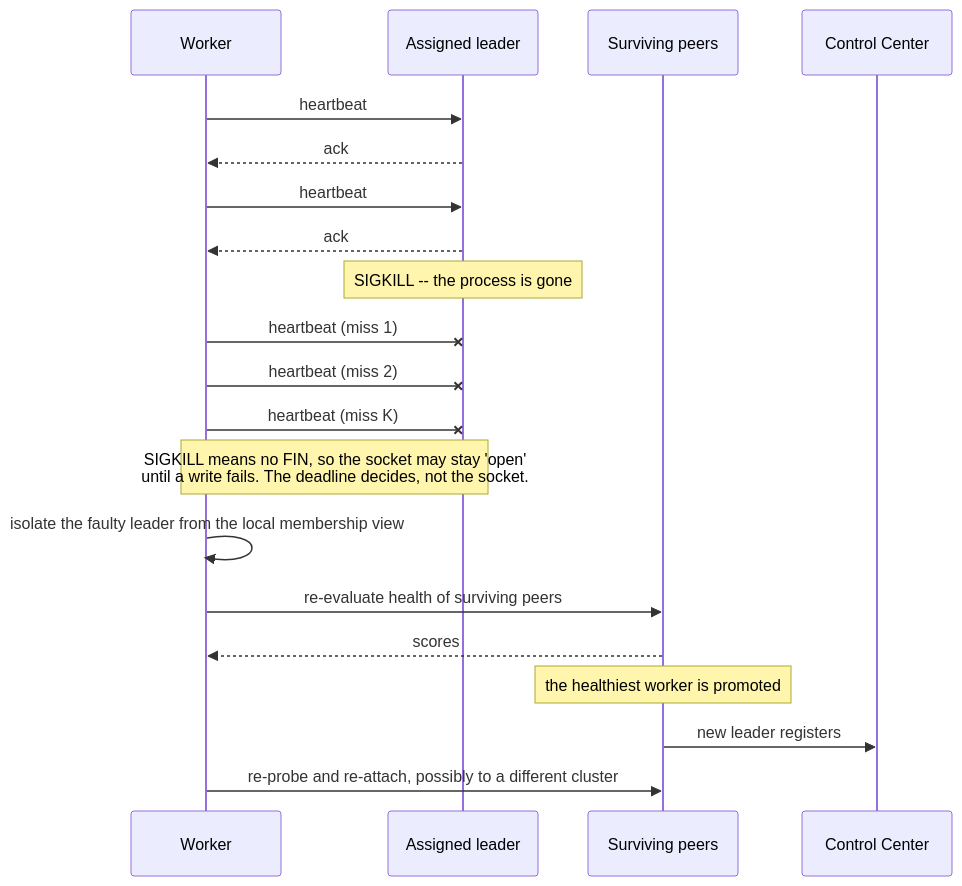
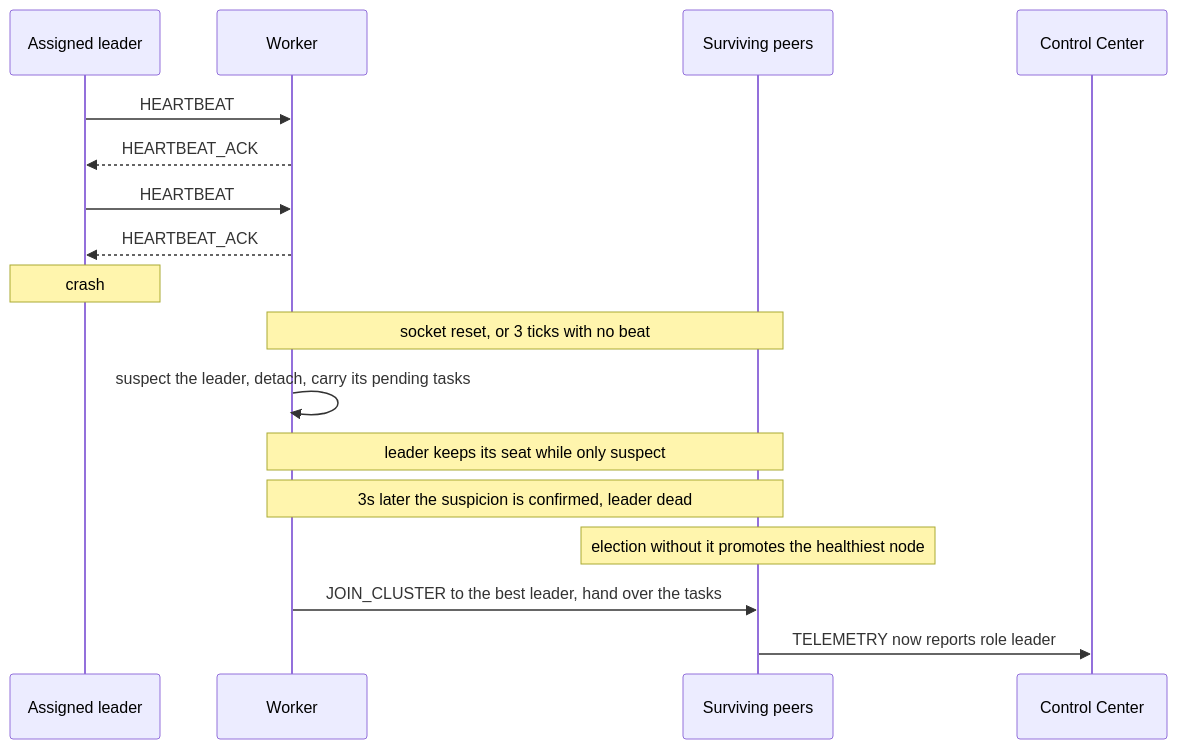
One commit to Aditya-Jyoti/swarm-communication changed the third of 4 diagrams in docs/architecture/overview.md. Above: the diagram before and after it, drawn with Mermaid. The commit also changed other lines of this file, not shown here.

First line of the commit message:
docs(architecture): refresh overview for Phase 4

````diff
--- a/docs/architecture/overview.md
+++ b/docs/architecture/overview.md
@@ -150,23 +154,20 @@
 ```mermaid
 sequenceDiagram
+    participant L as Assigned leader
     participant W as Worker
-    participant L as Assigned leader
     participant P as Surviving peers
     participant CC as Control Center
 
-    W->>L: heartbeat
-    L-->>W: ack
-    W->>L: heartbeat
-    L-->>W: ack
-    Note over L: SIGKILL -- the process is gone
-    W-xL: heartbeat (miss 1)
-    W-xL: heartbeat (miss 2)
-    W-xL: heartbeat (miss K)
-    Note over W,L: SIGKILL means no FIN, so the socket may stay 'open'<br/>until a write fails. The deadline decides, not the socket.
-    W->>W: isolate the faulty leader from the local membership view
-    W->>P: re-evaluate health of surviving peers
-    P-->>W: scores
-    Note over P: the healthiest worker is promoted
-    P->>CC: new leader registers
-    W->>P: re-probe and re-attach, possibly to a different cluster
+    L->>W: HEARTBEAT
+    W-->>L: HEARTBEAT_ACK
+    L->>W: HEARTBEAT
+    W-->>L: HEARTBEAT_ACK
+    Note over L: crash
+    Note over W,P: socket reset, or 3 ticks with no beat
+    W->>W: suspect the leader, detach, carry its pending tasks
+    Note over W,P: leader keeps its seat while only suspect
+    Note over W,P: 3s later the suspicion is confirmed, leader dead
+    Note over P: election without it promotes the healthiest node
+    W->>P: JOIN_CLUSTER to the best leader, hand over the tasks
+    P->>CC: TELEMETRY now reports role leader
 ```
````
